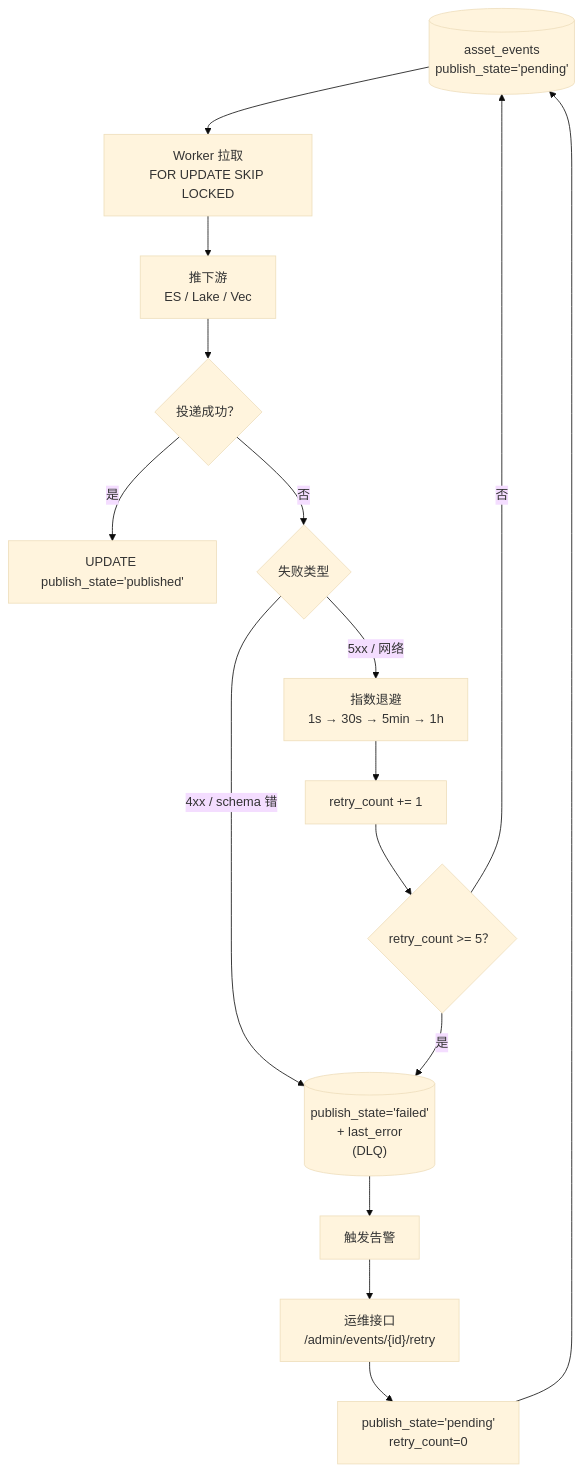
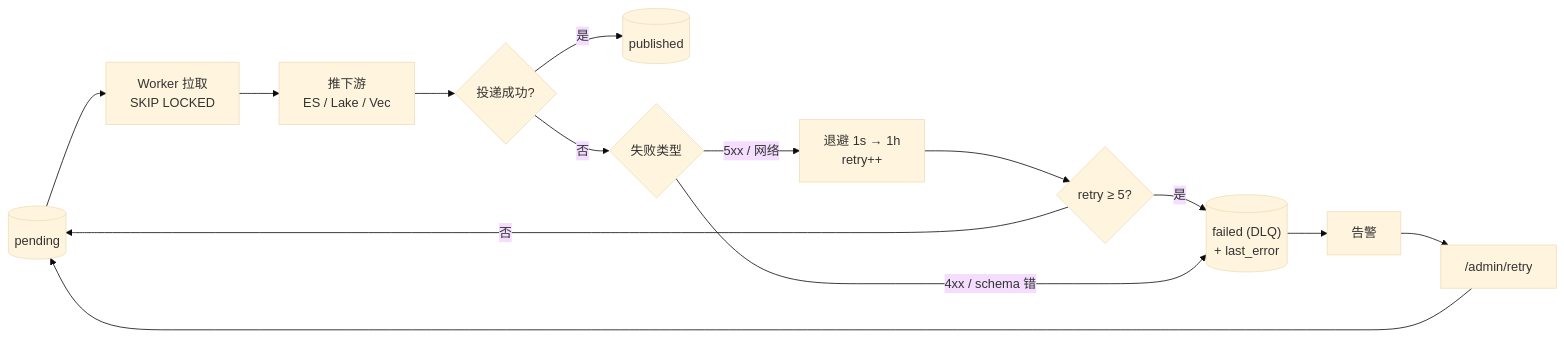
The eighth of 9 diagrams in docs/review/data-platform-design.md (rouse2617/Databricks4robot), drawn with Mermaid (base theme) before and after one commit. The commit also changed other lines of this file and 3 other files, not shown here.

First line of the commit message:
docs(review): switch to river/PyIceberg/Polaris stack, add capacity & UUIDv7 plan, compact diagrams

````diff
--- a/docs/review/data-platform-design.md
+++ b/docs/review/data-platform-design.md
@@ -1005,25 +998,13 @@
 ```mermaid
-flowchart TD
-    Event[("asset_events<br/>publish_state='pending'")]
-    Pull["Worker 拉取<br/>FOR UPDATE SKIP LOCKED"]
-    Push["推下游<br/>ES / Lake / Vec"]
-    OK{"投递成功？"}
-    Mark["UPDATE publish_state='published'"]
-    ErrType{"失败类型"}
-    Backoff["指数退避<br/>1s → 30s → 5min → 1h"]
-    Retry["retry_count += 1"]
-    LimitCheck{"retry_count >= 5？"}
-    DLQ[("publish_state='failed'<br/>+ last_error<br/>(DLQ)")]
-    Alert["触发告警"]
-    Admin["运维接口<br/>/admin/events/{id}/retry"]
-    Reset["publish_state='pending'<br/>retry_count=0"]
-
-    Event --> Pull --> Push --> OK
-    OK -- 是 --> Mark
-    OK -- 否 --> ErrType
-    ErrType -- "5xx / 网络" --> Backoff --> Retry --> LimitCheck
-    ErrType -- "4xx / schema 错" --> DLQ
+flowchart LR
+    Event[("pending")] --> Pull["Worker 拉取<br/>SKIP LOCKED"] --> Push["推下游<br/>ES / Lake / Vec"]
+    Push --> OK{投递成功?}
+    OK -- 是 --> Mark[("published")]
+    OK -- 否 --> ErrType{失败类型}
+    ErrType -- "5xx / 网络" --> Backoff["退避 1s → 1h<br/>retry++"]
+    Backoff --> LimitCheck{retry ≥ 5?}
     LimitCheck -- 否 --> Event
     LimitCheck -- 是 --> DLQ
-    DLQ --> Alert --> Admin --> Reset --> Event
+    ErrType -- "4xx / schema 错" --> DLQ[("failed (DLQ)<br/>+ last_error")]
+    DLQ --> Alert["告警"] --> Admin["/admin/retry"] --> Event
 ```
````
